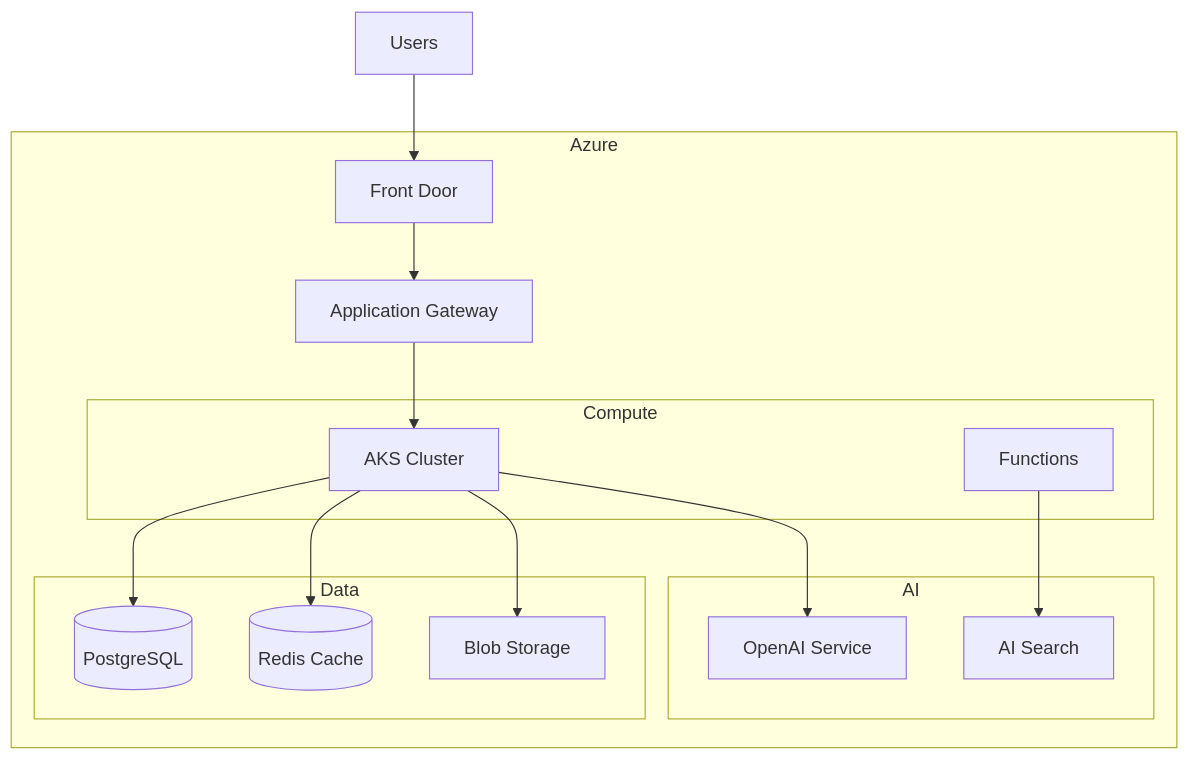
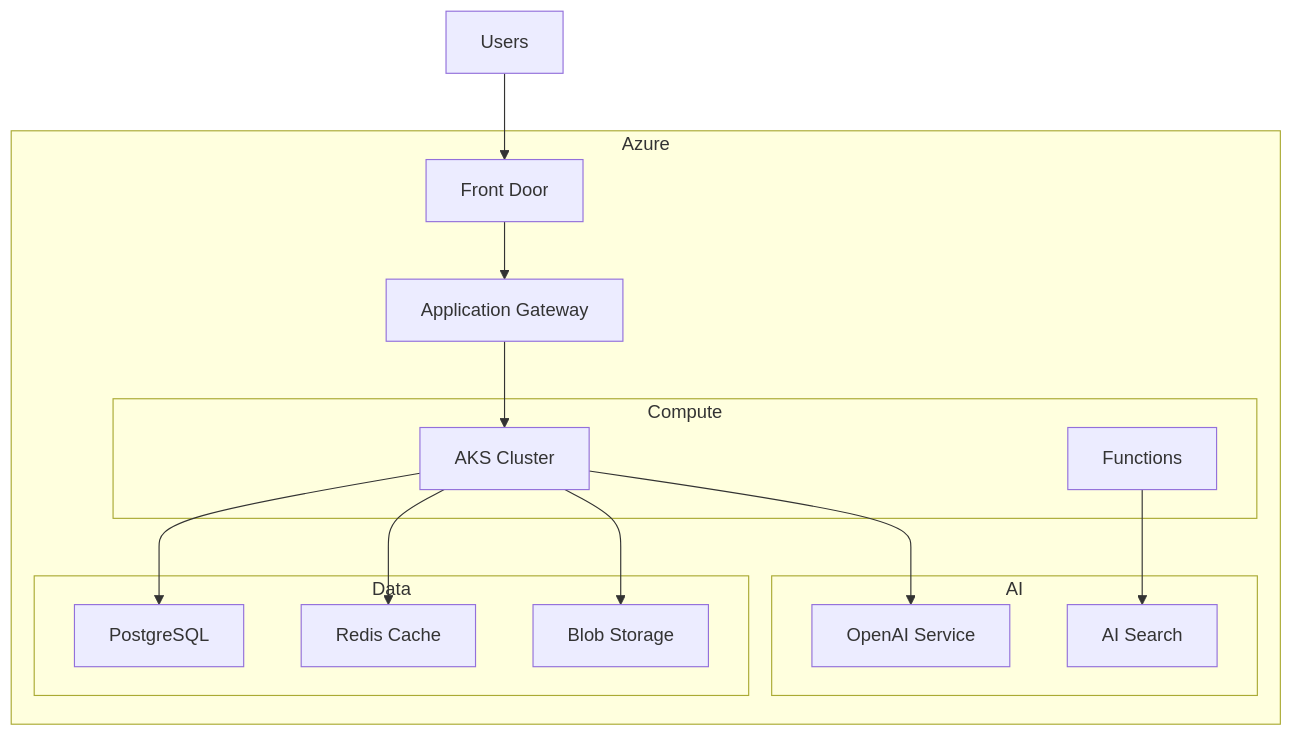
Before and after one commit to paulasilvatech/Mastery-AI-Apps-Dev: the diagram in modules/module-07/deployment-guide.md, drawn with Mermaid. The commit also changed 18 other files, not shown here.

Commit message:
Refactor diagram syntax in Module 07 documentation for consistency

````diff
--- a/modules/module-07/deployment-guide.md
+++ b/modules/module-07/deployment-guide.md
@@ -184,32 +184,32 @@
 ```mermaid
 graph TB
     subgraph Azure
         AG[Application Gateway]
         FD[Front Door]
         
         subgraph Compute
             AKS[AKS Cluster]
             FUNC[Functions]
         end
         
         subgraph Data
-            PG[(PostgreSQL)]
-            REDIS[(Redis Cache)]
+            PG[PostgreSQL]
+            REDIS[Redis Cache]
             BLOB[Blob Storage]
         end
         
         subgraph AI
             OPENAI[OpenAI Service]
             SEARCH[AI Search]
         end
     end
     
     Users --> FD
     FD --> AG
     AG --> AKS
     AKS --> PG
     AKS --> REDIS
     AKS --> BLOB
     AKS --> OPENAI
     FUNC --> SEARCH
 ```
````
